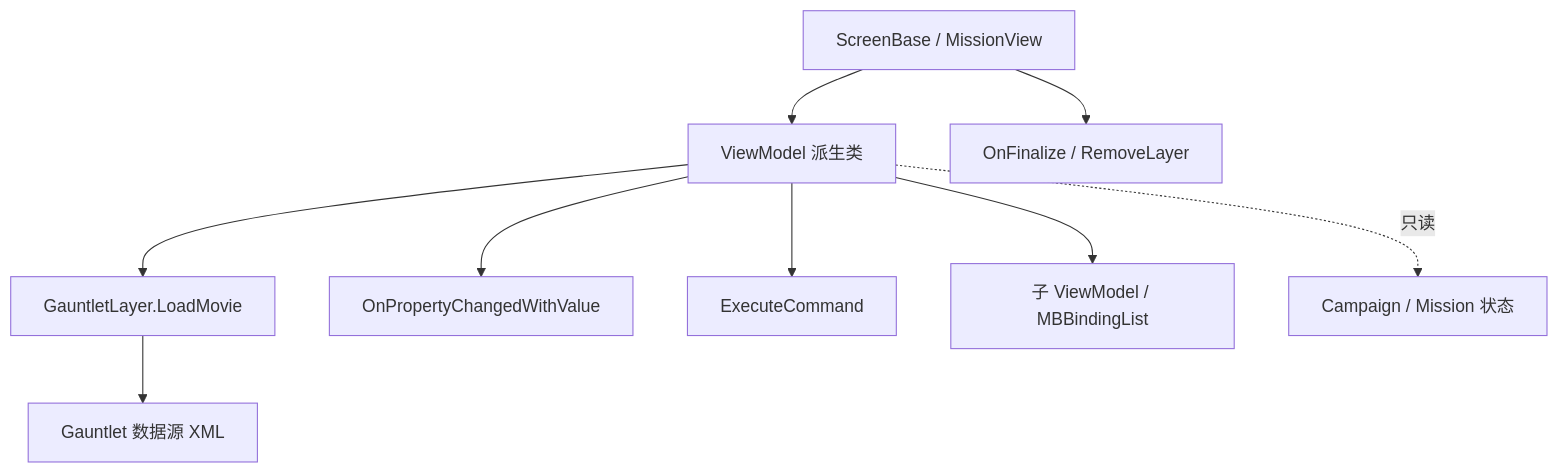
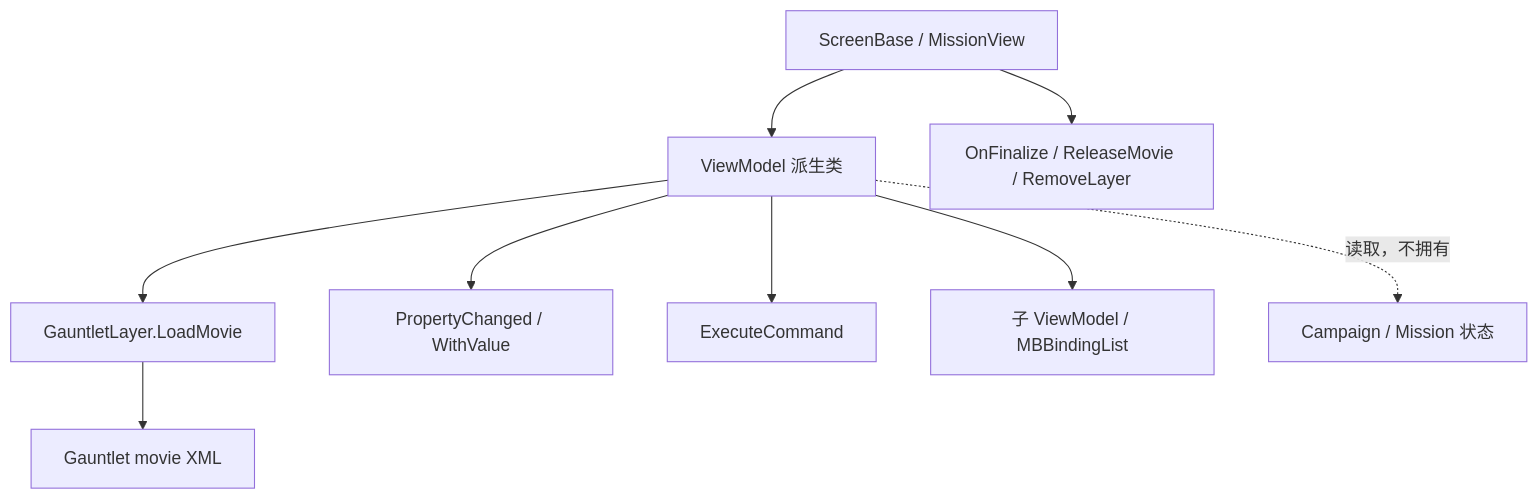
The diagram in content/v1.3.15/zh/api/core-extra/ViewModel.md (BannerlordCode/BannerlordCode.github.io), drawn with Mermaid before and after one commit. The commit also changed other lines of this file and 71 other files, not shown here.

````diff
--- a/content/v1.3.15/zh/api/core-extra/ViewModel.md
+++ b/content/v1.3.15/zh/api/core-extra/ViewModel.md
@@ -37,11 +46,11 @@
 ```mermaid
 graph TD
     SCREEN[ScreenBase / MissionView] --> VM[ViewModel 派生类]
-    VM --> BIND[GauntletLayer.LoadMovie]
-    BIND --> XML[Gauntlet 数据源 XML]
-    VM --> PROP[OnPropertyChangedWithValue]
-    VM --> CMD[ExecuteCommand]
+    VM --> LOAD[GauntletLayer.LoadMovie]
+    LOAD --> XML[Gauntlet movie XML]
+    VM --> NOTIFY[PropertyChanged / WithValue]
+    VM --> COMMAND[ExecuteCommand]
     VM --> CHILD[子 ViewModel / MBBindingList]
-    SCREEN --> FINAL[OnFinalize / RemoveLayer]
-    VM -. 只读 .-> CAMP[Campaign / Mission 状态]
+    SCREEN --> FINISH[OnFinalize / ReleaseMovie / RemoveLayer]
+    VM -.读取，不拥有.-> WORLD[Campaign / Mission 状态]
 ```
````
